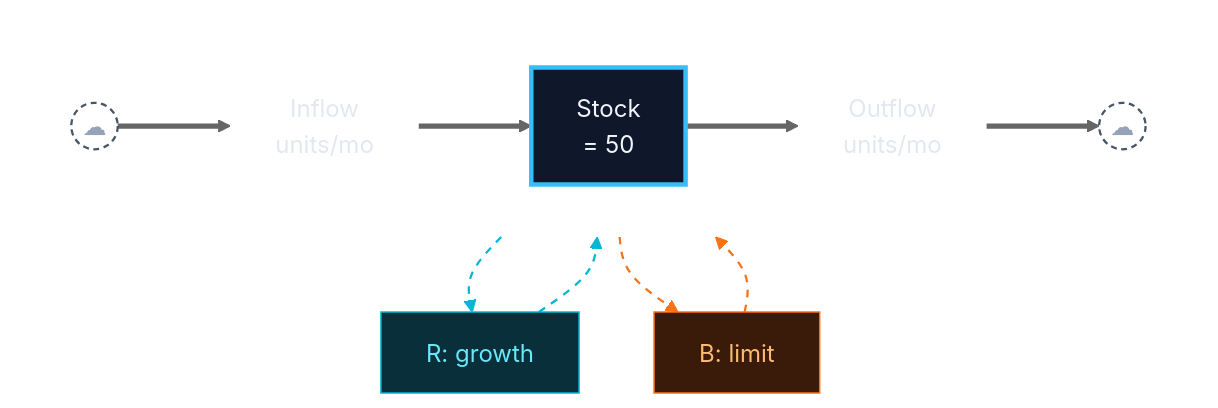
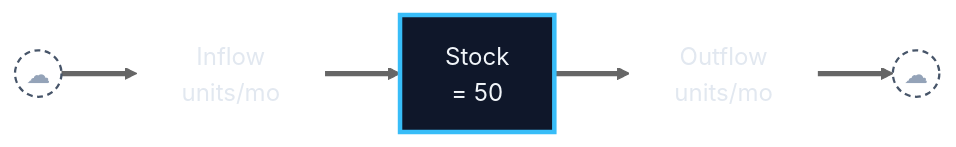
The first of 4 diagrams in skills/ai-systems-coach/SKILL.md (BayramAnnakov/systems-thinking-skills), drawn with Mermaid (neutral theme) before and after one commit. The commit also changed other lines of this file and 2 other files, not shown here.

First line of the commit message:
Switch §7 to two-block diagram (SFD pipe + CLD with loops)

````diff
--- a/skills/ai-systems-coach/SKILL.md
+++ b/skills/ai-systems-coach/SKILL.md
@@ -160,37 +164,17 @@
 ```mermaid
-flowchart TB
+flowchart LR
   classDef stock fill:#0f172a,stroke:#38bdf8,stroke-width:3px,color:#f1f5f9
   classDef cloud fill:transparent,stroke:#475569,stroke-width:1.5px,stroke-dasharray:4 3,color:#94a3b8
   classDef rate fill:transparent,stroke:transparent,color:#e2e8f0
-  classDef loopR fill:#082f3a,stroke:#06b6d4,stroke-width:1px,color:#67e8f9
-  classDef loopB fill:#3a1a08,stroke:#f97316,stroke-width:1px,color:#fdba74
 
-  Rloop["R: growth"]:::loopR
+  Src(("☁")):::cloud
+  In["Inflow<br/>units/mo"]:::rate
+  S["Stock<br/>= 50"]:::stock
+  Out["Outflow<br/>units/mo"]:::rate
+  Snk(("☁")):::cloud
 
-  subgraph pipe [" "]
-    direction LR
-    Src(("☁")):::cloud
-    In["Inflow<br/>units/mo"]:::rate
-    S["Stock<br/>= 50"]:::stock
-    Out["Outflow<br/>units/mo"]:::rate
-    Snk(("☁")):::cloud
-    Src ==> In
-    In ==> S
-    S ==> Out
-    Out ==> Snk
-  end
-
-  Bloop["B: limit"]:::loopB
-
-  S -.-> Rloop
-  Rloop -.-> S
-  S -.-> Bloop
-  Bloop -.-> S
-
-  style pipe fill:transparent,stroke:transparent
-
-  linkStyle 4 stroke:#06b6d4,stroke-width:1.5px,stroke-dasharray:5 5
-  linkStyle 5 stroke:#06b6d4,stroke-width:1.5px,stroke-dasharray:5 5
-  linkStyle 6 stroke:#f97316,stroke-width:1.5px,stroke-dasharray:5 5
-  linkStyle 7 stroke:#f97316,stroke-width:1.5px,stroke-dasharray:5 5
+  Src ==> In
+  In ==> S
+  S ==> Out
+  Out ==> Snk
 ```
````
